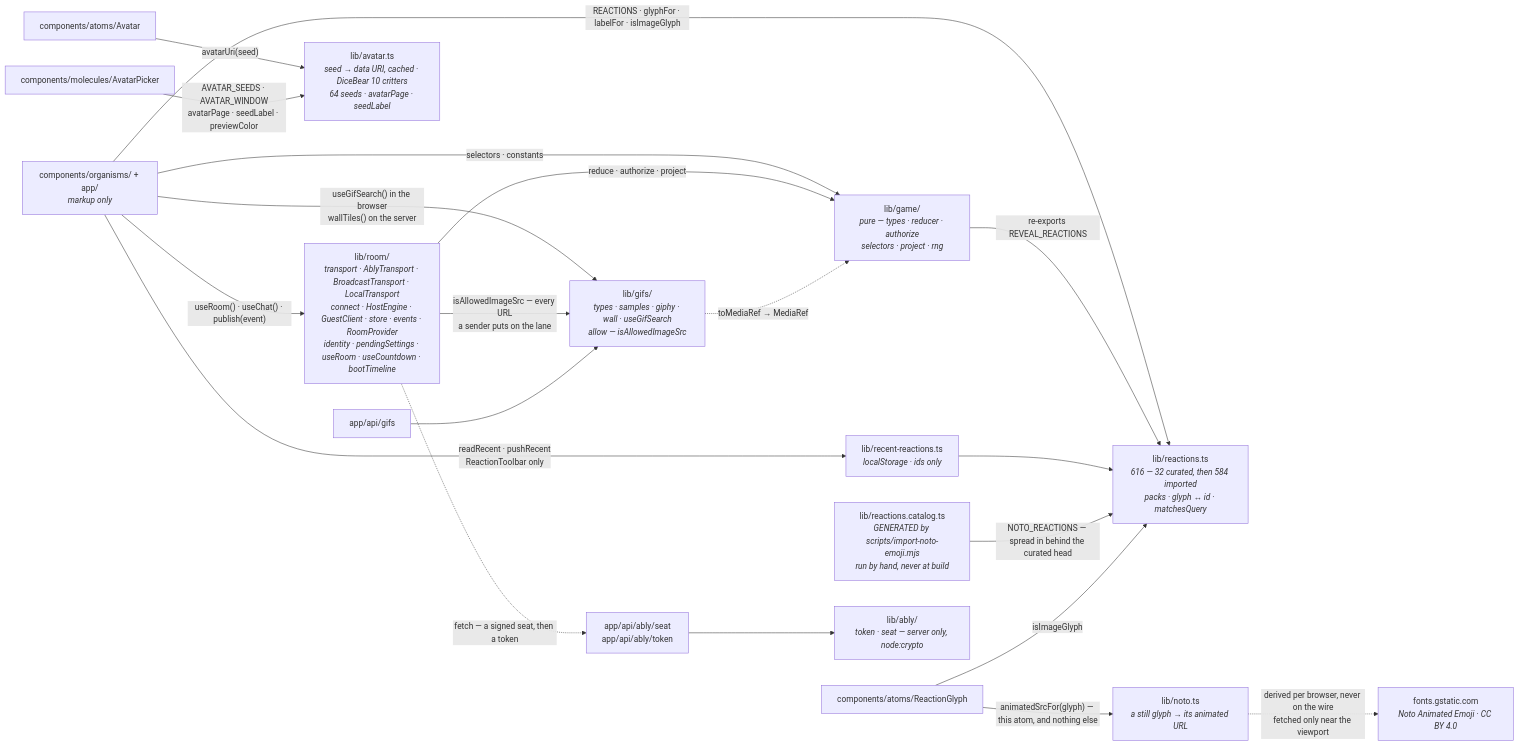
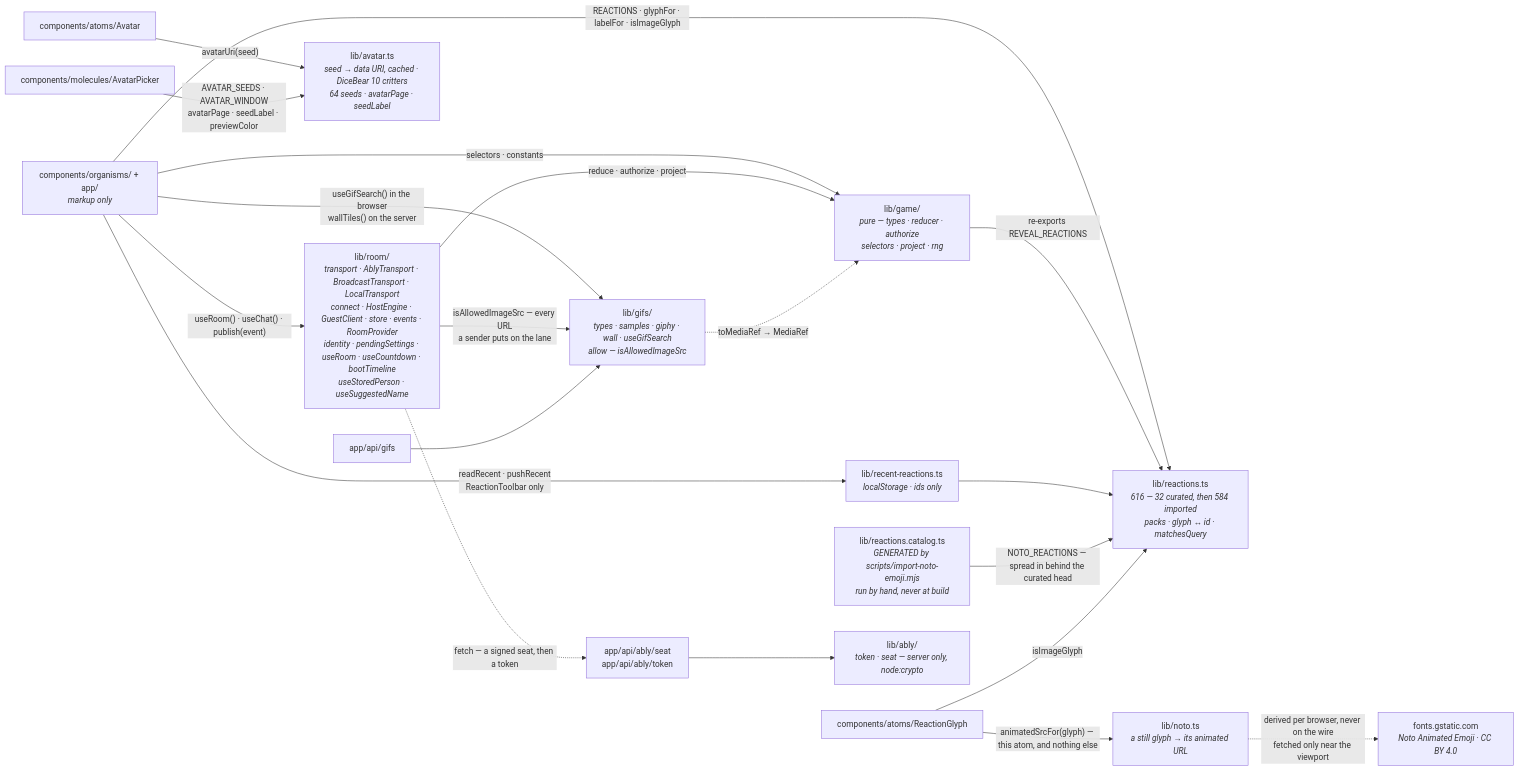
The second of 12 diagrams in docs/architecture.md (Jmeza081/captionist), drawn with Mermaid before and after one commit. The commit also changed other lines of this file and 25 other files, not shown here.

````diff
--- a/docs/architecture.md
+++ b/docs/architecture.md
@@ -648,38 +707,38 @@
 ```mermaid
 graph LR
   U["components/organisms/ + app/<br/><i>markup only</i>"]
-  R["lib/room/<br/><i>transport · AblyTransport · BroadcastTransport · LocalTransport<br/>connect · HostEngine · GuestClient · store · events · RoomProvider<br/>identity · pendingSettings · useRoom · useCountdown · bootTimeline</i>"]
+  R["lib/room/<br/><i>transport · AblyTransport · BroadcastTransport · LocalTransport<br/>connect · HostEngine · GuestClient · store · events · RoomProvider<br/>identity · pendingSettings · useRoom · useCountdown · bootTimeline<br/>useStoredPerson · useSuggestedName</i>"]
   G["lib/game/<br/><i>pure — types · reducer · authorize<br/>selectors · project · rng</i>"]
   F["lib/gifs/<br/><i>types · samples · giphy · wall · useGifSearch<br/>allow — isAllowedImageSrc</i>"]
   AV["lib/avatar.ts<br/><i>seed → data URI, cached · DiceBear 10 critters<br/>64 seeds · avatarPage · seedLabel</i>"]
   RX["lib/reactions.ts<br/><i>616 — 32 curated, then 584 imported<br/>packs · glyph ↔ id · matchesQuery</i>"]
   CAT["lib/reactions.catalog.ts<br/><i>GENERATED by scripts/import-noto-emoji.mjs<br/>run by hand, never at build</i>"]
   NO["lib/noto.ts<br/><i>a still glyph → its animated URL</i>"]
   GST["fonts.gstatic.com<br/><i>Noto Animated Emoji · CC BY 4.0</i>"]
   RC["lib/recent-reactions.ts<br/><i>localStorage · ids only</i>"]
   AT["components/atoms/Avatar"]
   PK["components/molecules/AvatarPicker"]
   GL["components/atoms/ReactionGlyph"]
   API["app/api/gifs"]
   TKR["app/api/ably/seat<br/>app/api/ably/token"]
   ABL["lib/ably/<br/><i>token · seat — server only, node:crypto</i>"]
   U -->|"useRoom() · useChat() · publish(event)"| R
   U -->|"REACTIONS · glyphFor · labelFor · isImageGlyph"| RX
   U -->|"readRecent · pushRecent<br/>ReactionToolbar only"| RC
   U -->|"useGifSearch() in the browser<br/>wallTiles() on the server"| F
   U -->|"selectors · constants"| G
   AT -->|"avatarUri(seed)"| AV
   PK -->|"AVATAR_SEEDS · AVATAR_WINDOW<br/>avatarPage · seedLabel · previewColor"| AV
   R -->|"reduce · authorize · project"| G
   R -->|"isAllowedImageSrc — every URL<br/>a sender puts on the lane"| F
   G -->|"re-exports REVEAL_REACTIONS"| RX
   RC --> RX
   CAT -->|"NOTO_REACTIONS — spread in behind the curated head"| RX
   GL -->|"isImageGlyph"| RX
   GL -->|"animatedSrcFor(glyph) — this atom, and nothing else"| NO
   NO -.->|"derived per browser, never on the wire<br/>fetched only near the viewport"| GST
   R -.->|"fetch — a signed seat, then a token"| TKR
   API --> F
   TKR --> ABL
   F -.->|"toMediaRef → MediaRef"| G
 ```
````
